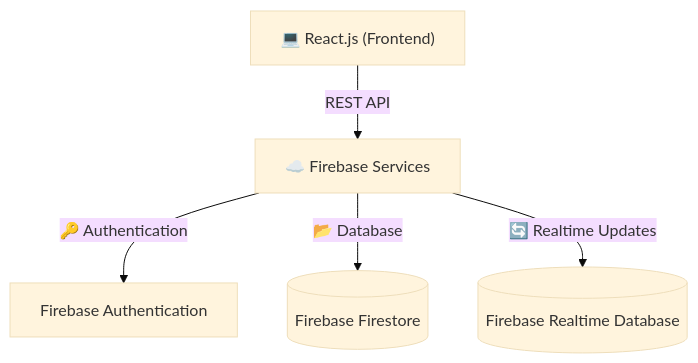
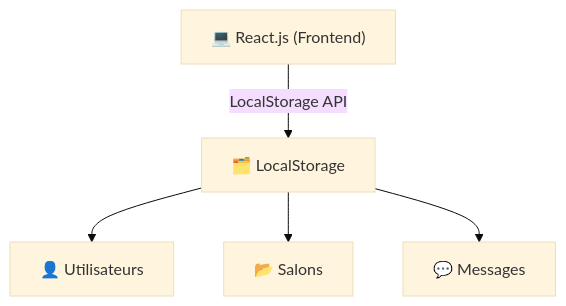
One commit to maryamabloua/FireTalk changed the second of 2 diagrams in README.md. Above: the diagram before and after it, drawn with Mermaid (base theme). The commit also changed other lines of this file, not shown here.

Commit message:
Refine README to reflect LocalStorage usage and clarify Firebase usage and roadmap

````diff
--- a/README.md
+++ b/README.md
@@ -86,7 +88,7 @@
 ```mermaid
     graph TD;
-    Frontend["💻 React.js (Frontend)"] -->|REST API| Backend["☁️ Firebase Services"];
-    Backend -->|🔑 Authentication| Auth["Firebase Authentication"];
-    Backend -->|📂 Database| Firestore[("Firebase Firestore")];
-    Backend -->|🔄 Realtime Updates| RealtimeDB[("Firebase Realtime Database")];
+    Frontend["💻 React.js (Frontend)"] -->|LocalStorage API| Data["🗂️ LocalStorage"];
+    Data --> Users["👤 Utilisateurs"];
+    Data --> Rooms["📂 Salons"];
+    Data --> Messages["💬 Messages"];
 ```
````
